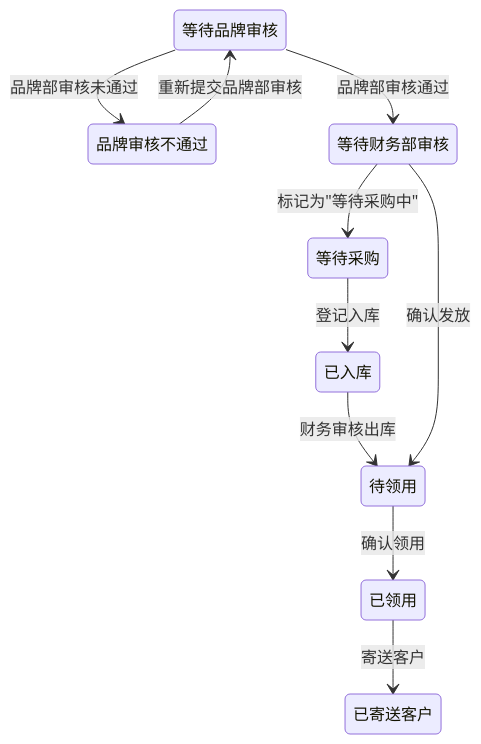
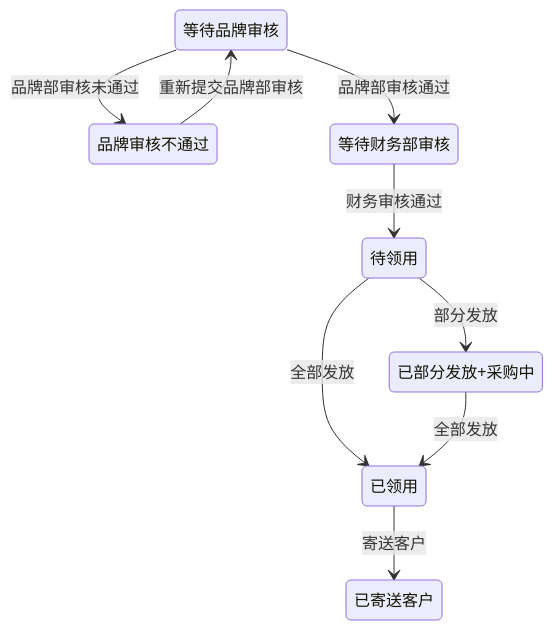
The diagram in docs/ACL_display.mermaid (FIPOCHINA/fipo-fsm), drawn with Mermaid before and after one commit. The commit also changed 12 other files, not shown here.

```diff
--- a/docs/ACL_display.mermaid
+++ b/docs/ACL_display.mermaid
@@ -1,10 +1,9 @@
 stateDiagram-v2
 等待品牌审核 --> 品牌审核不通过 : 品牌部审核未通过
 品牌审核不通过 --> 等待品牌审核 : 重新提交品牌部审核
 等待品牌审核 --> 等待财务部审核 : 品牌部审核通过
-等待财务部审核 --> 等待采购 : 标记为"等待采购中"
-等待采购 --> 已入库 : 登记入库
-已入库 --> 待领用 : 财务审核出库
-待领用 --> 已领用 : 确认领用
+等待财务部审核 --> 待领用 : 财务审核通过
+待领用 --> 已部分发放+采购中 : 部分发放
+待领用 --> 已领用 : 全部发放
+已部分发放+采购中 --> 已领用 : 全部发放
 已领用 --> 已寄送客户 : 寄送客户
-等待财务部审核 --> 待领用 : 确认发放
```
